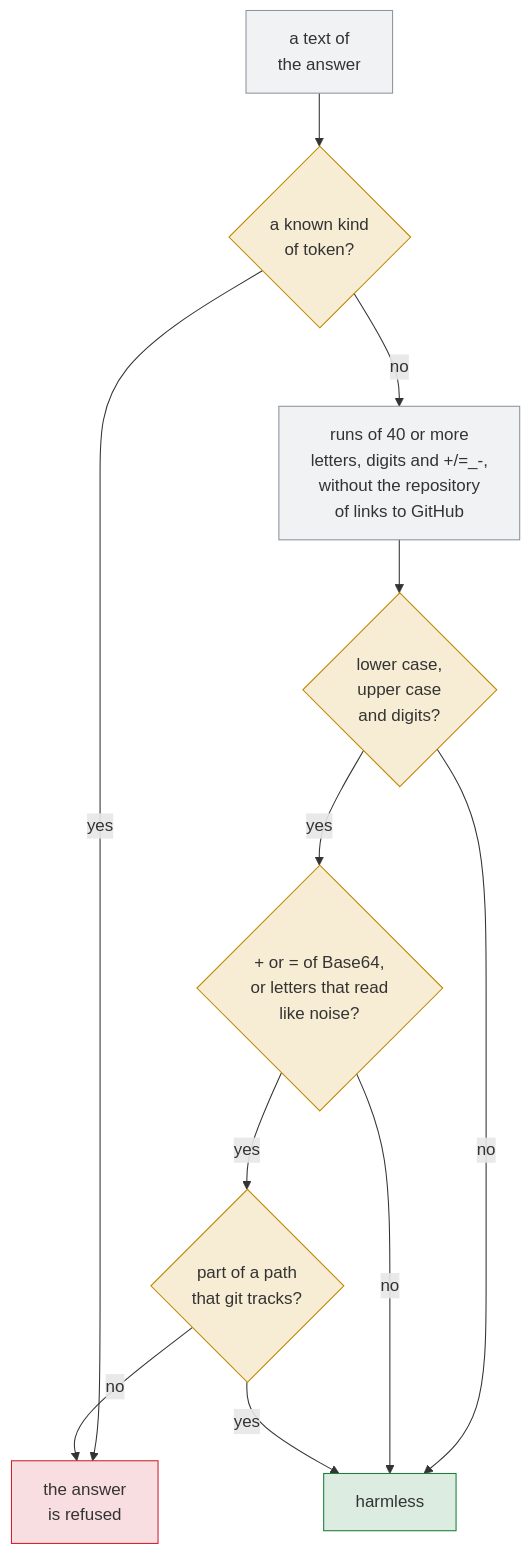
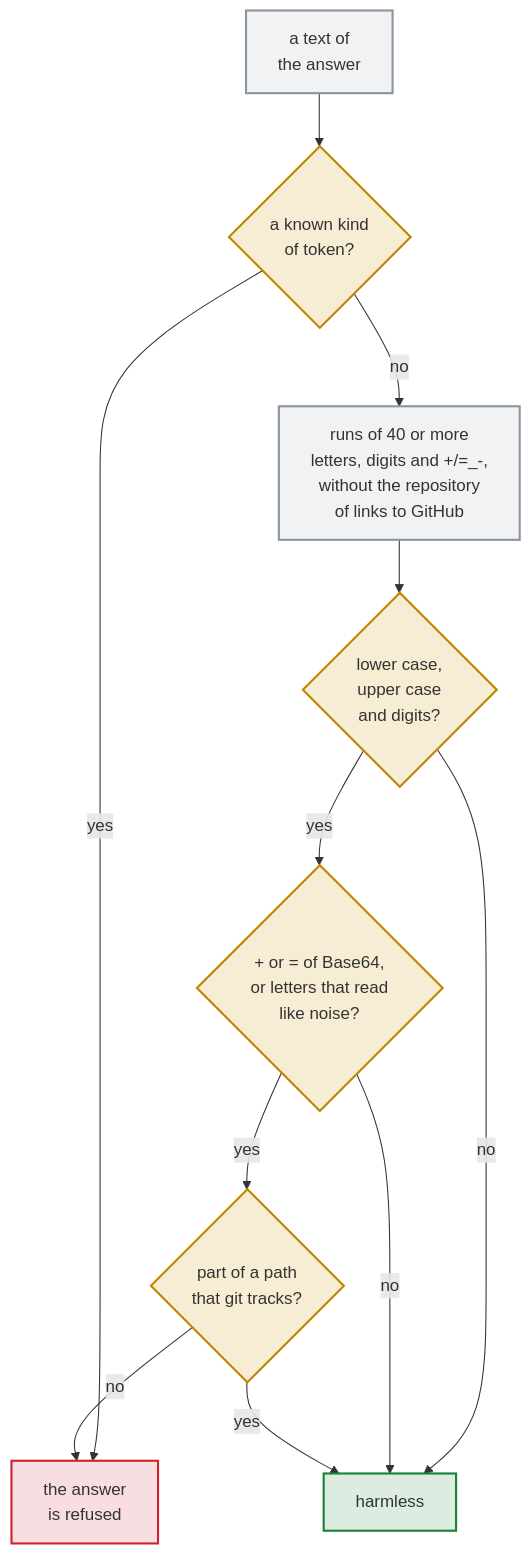
Before and after one commit to Dennis-Otto/issue-assistant: the sixth of 6 diagrams in docs/security.md, drawn with Mermaid. The commit also changed other lines of this file and 4 other files, not shown here.

First line of the commit message:
docs: accessible top-to-bottom diagrams, and three new ones (#82)

````diff
--- a/docs/security.md
+++ b/docs/security.md
@@ -250,23 +220,23 @@
 ```mermaid
 flowchart TB
   accTitle: How the apply job decides whether a text of the answer holds a secret
   accDescr: A known kind of token refuses the answer wherever it is. Any other text is looked at in runs of 40 or more letters, digits and the characters plus, slash, equals sign, underscore and dash, after the owner, the repository and the commit or branch of every link to GitHub are left out, unless the name of the repository or the branch has 32 or more characters. A run without lower case, upper case and digits is harmless. A run with the plus or equals sign of Base64, or whose letters read like noise, is a key, unless it is part of the path of a file that git tracks. Any other run is harmless.
   text["a text of<br/>the answer"] --> known{"a known kind<br/>of token?"}
   known -- "yes" --> refused["the answer<br/>is refused"]
   known -- "no" --> runs["runs of 40 or more<br/>letters, digits and +/=_-,<br/>without the repository<br/>of links to GitHub"]
   runs --> mixed{"lower case,<br/>upper case<br/>and digits?"}
   mixed -- "no" --> harmless["harmless"]
   mixed -- "yes" --> random{"+ or = of Base64,<br/>or letters that read<br/>like noise?"}
   random -- "no" --> harmless
   random -- "yes" --> tracked{"part of a path<br/>that git tracks?"}
   tracked -- "yes" --> harmless
   tracked -- "no" --> refused
-  classDef question fill:#d4a72c33,stroke:#bf8700
-  classDef job fill:#8c959f1f,stroke:#8c959f
-  classDef untrusted fill:#cf222e26,stroke:#cf222e
-  classDef safe fill:#1a7f3726,stroke:#1a7f37
+  classDef question fill:#d4a72c33,stroke:#bf8700,stroke-width:2px
+  classDef job fill:#8c959f1f,stroke:#8c959f,stroke-width:2px
+  classDef untrusted fill:#cf222e26,stroke:#cf222e,stroke-width:2px
+  classDef safe fill:#1a7f3726,stroke:#1a7f37,stroke-width:2px
   class known,mixed,random,tracked question
   class text,runs job
   class refused untrusted
   class harmless safe
 ```
````
